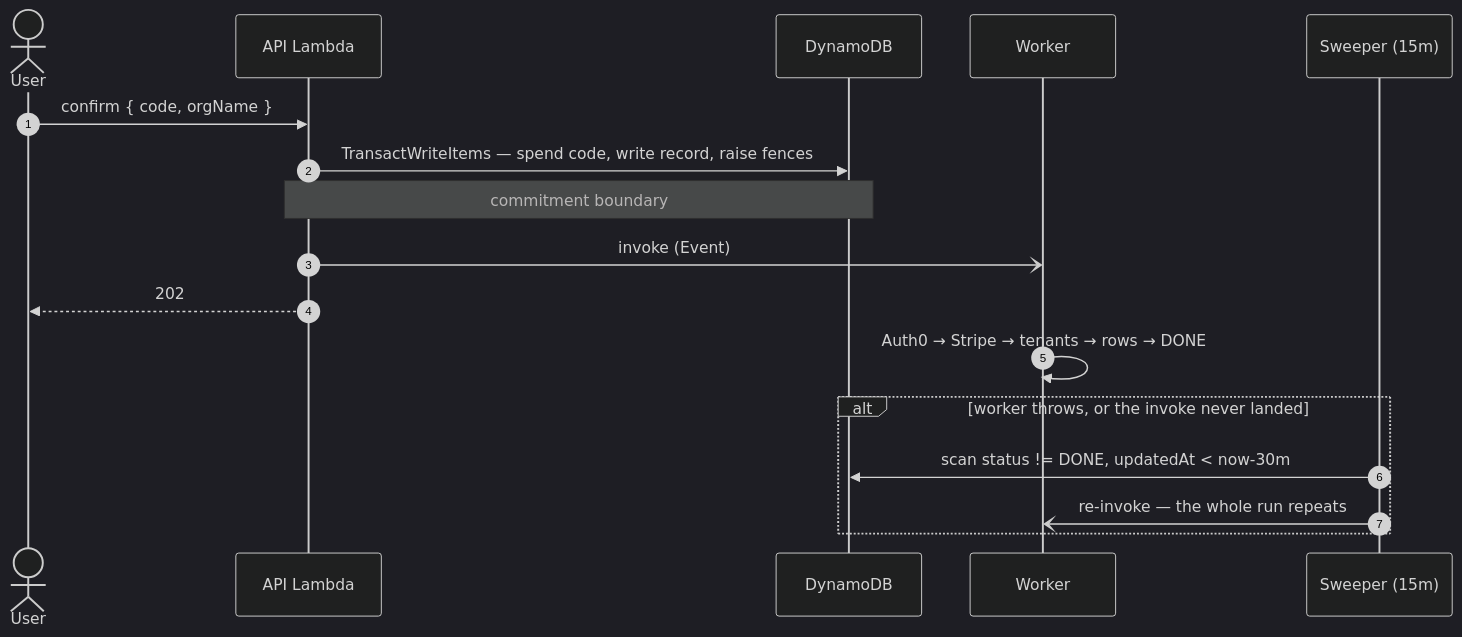
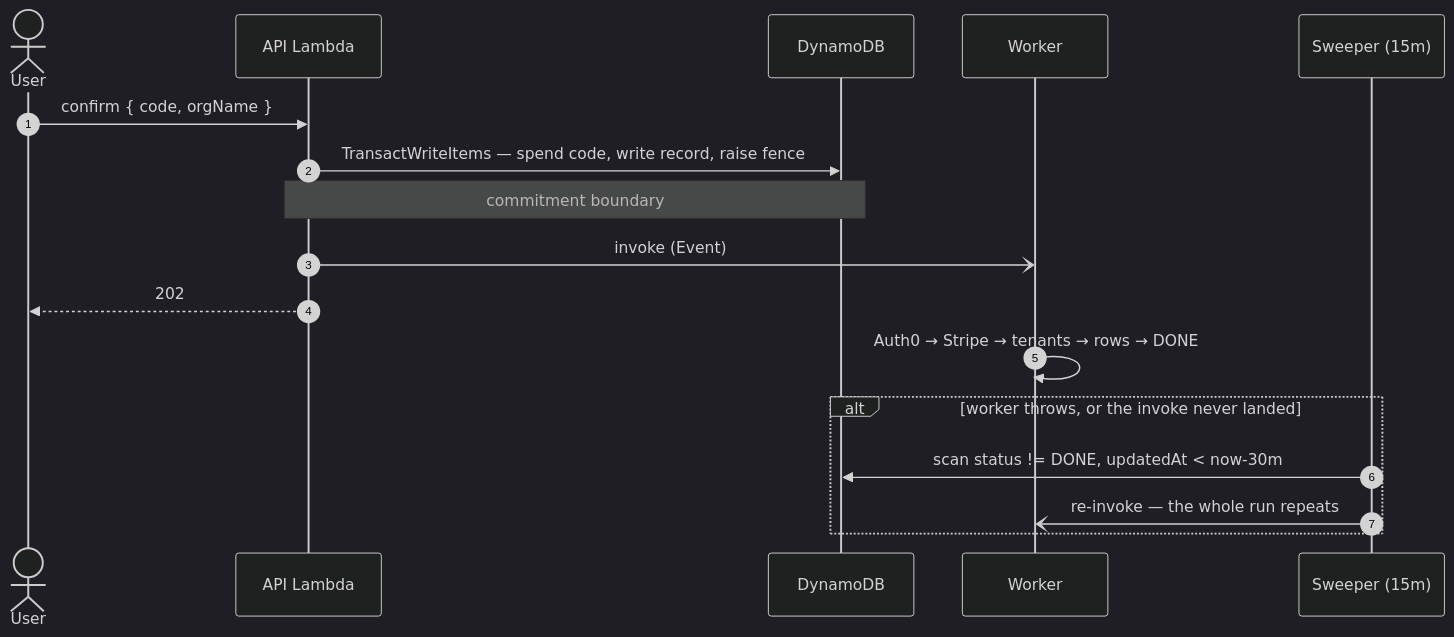
Before and after one commit to fil-one/fil-one: the diagram in docs/architectural-decisions/2026-08-self-serve-account-deletion.md, drawn with Mermaid (dark theme). The commit also changed other lines of this file, not shown here.

First line of the commit message:
refactor: fence sessions at the org level and drop the member cap

````diff
--- a/docs/architectural-decisions/2026-08-self-serve-account-deletion.md
+++ b/docs/architectural-decisions/2026-08-self-serve-account-deletion.md
@@ -20,20 +20,20 @@
 ```mermaid
 sequenceDiagram
     autonumber
     actor User
     participant API as API Lambda
     participant DDB as DynamoDB
     participant W as Worker
     participant Cron as Sweeper (15m)
 
     User->>API: confirm { code, orgName }
-    API->>DDB: TransactWriteItems — spend code, write record, raise fences
+    API->>DDB: TransactWriteItems — spend code, write record, raise fence
     Note over API,DDB: commitment boundary
     API-)W: invoke (Event)
     API-->>User: 202
     W->>W: Auth0 → Stripe → tenants → rows → DONE
     alt worker throws, or the invoke never landed
         Cron->>DDB: scan status != DONE, updatedAt < now-30m
         Cron-)W: re-invoke — the whole run repeats
     end
 ```
````
